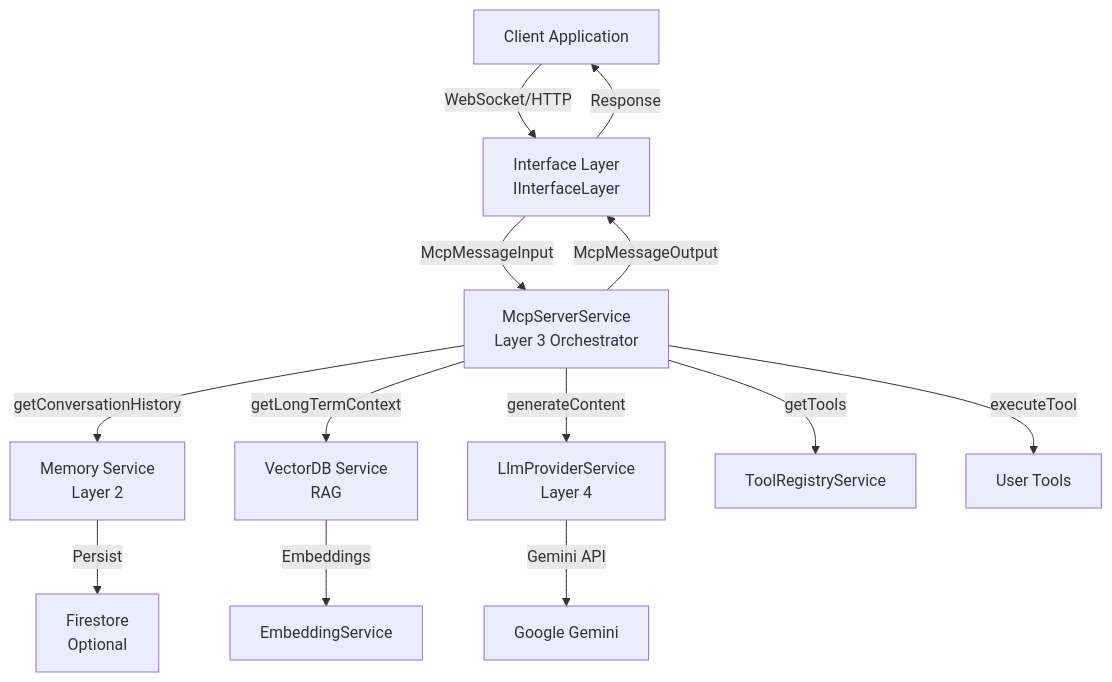
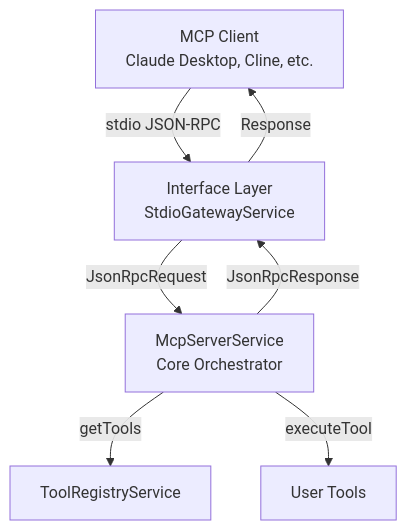
Before and after one commit to nirarazi/easy-mcp: the diagram in README.md, drawn with Mermaid. The commit also changed other lines of this file and 34 other files, not shown here.

````diff
--- a/README.md
+++ b/README.md
@@ -266,15 +209,9 @@
 ```mermaid
 graph TB
-    Client[Client Application] -->|WebSocket/HTTP| Interface[Interface Layer<br/>IInterfaceLayer]
-    Interface -->|McpMessageInput| Core[McpServerService<br/>Layer 3 Orchestrator]
-    Core -->|getConversationHistory| Memory[Memory Service<br/>Layer 2]
-    Core -->|getLongTermContext| VectorDB[VectorDB Service<br/>RAG]
-    Core -->|generateContent| LLM[LlmProviderService<br/>Layer 4]
-    LLM -->|Gemini API| Gemini[Google Gemini]
+    MCPClient[MCP Client<br/>Claude Desktop, Cline, etc.] -->|stdio JSON-RPC| Interface[Interface Layer<br/>StdioGatewayService]
+    Interface -->|JsonRpcRequest| Core[McpServerService<br/>Core Orchestrator]
     Core -->|getTools| Registry[ToolRegistryService]
     Core -->|executeTool| Tools[User Tools]
-    Core -->|McpMessageOutput| Interface
-    Interface -->|Response| Client
-    Memory -->|Persist| Firestore[Firestore<br/>Optional]
-    VectorDB -->|Embeddings| Embedding[EmbeddingService]
+    Core -->|JsonRpcResponse| Interface
+    Interface -->|Response| MCPClient
 ```
````
